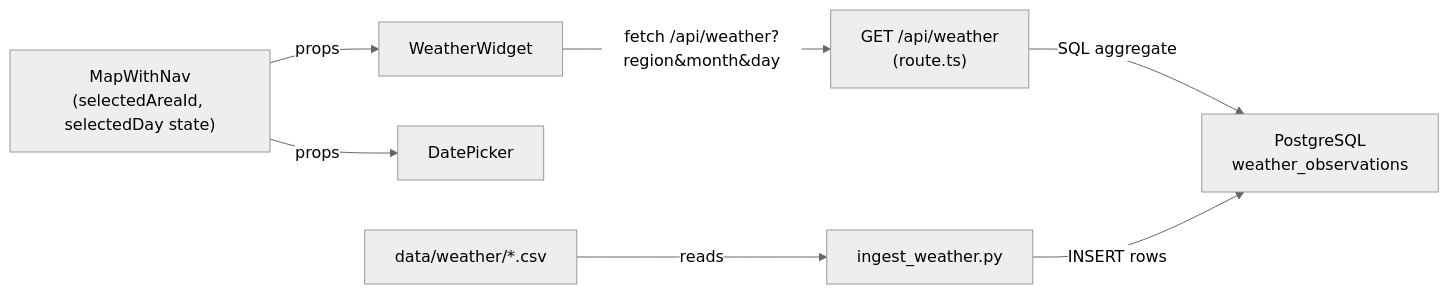
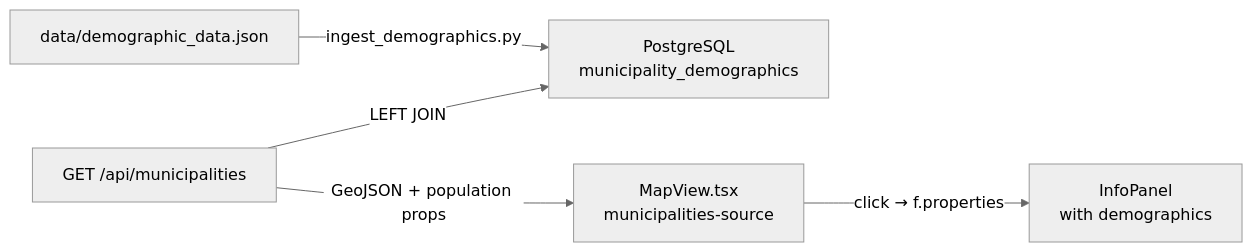
Before and after one commit to Hylje5000/aurora: the diagram in MODIFICATION_DESIGN.md, drawn with Mermaid (neutral theme). The commit also changed other lines of this file and 8 other files, not shown here.

First line of the commit message:
feat(demographics): add municipality population stats to info panel

````diff
--- a/MODIFICATION_DESIGN.md
+++ b/MODIFICATION_DESIGN.md
@@ -56,9 +76,7 @@
 ```mermaid
 flowchart LR
-    A["MapWithNav\n(selectedAreaId, selectedDay state)"] -->|props| B["WeatherWidget"]
-    A -->|props| C["DatePicker"]
-    B -->|"fetch /api/weather?region&month&day"| D["GET /api/weather\n(route.ts)"]
-    D -->|"SQL aggregate"| E["PostgreSQL\nweather_observations"]
-    F["ingest_weather.py"] -->|"INSERT rows"| E
-    G["data/weather/*.csv"] -->|reads| F
+    A["data/demographic_data.json"] -->|"ingest_demographics.py"| B["PostgreSQL\nmunicipality_demographics"]
+    C["GET /api/municipalities"] -->|"LEFT JOIN"| B
+    C -->|"GeoJSON + population props"| D["MapView.tsx\nmunicipalities-source"]
+    D -->|"click → f.properties"| E["InfoPanel\nwith demographics"]
 ```
````
